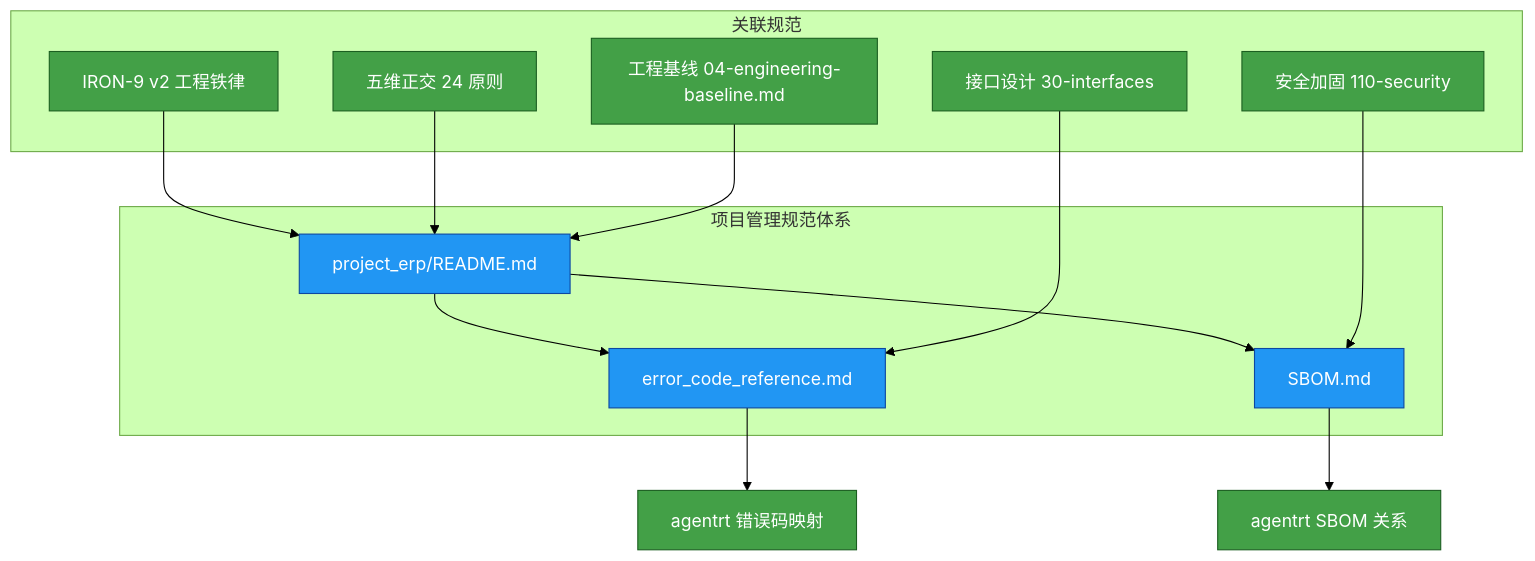
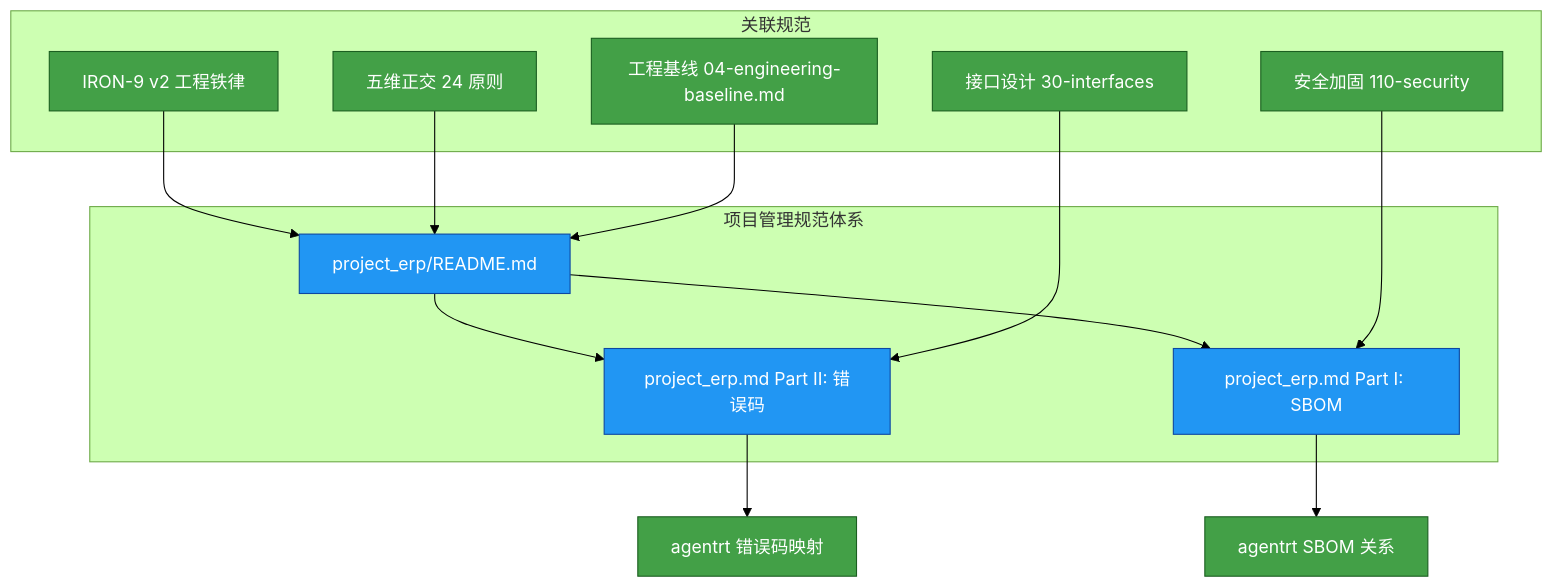
Before and after one commit to SpharxTeam/Docs: the first of 2 diagrams in AirymaxOS/50-engineering-standards/50-project-erp/README.md, drawn with Mermaid (forest theme). The commit also changed other lines of this file and 217 other files, not shown here.

````diff
--- a/AirymaxOS/50-engineering-standards/50-project-erp/README.md
+++ b/AirymaxOS/50-engineering-standards/50-project-erp/README.md
@@ -54,24 +56,24 @@
 ```mermaid
 graph TD
     subgraph 项目管理规范体系
-        A[project_erp/README.md] --> B[error_code_reference.md]
-        A --> C[SBOM.md]
+        A[project_erp/README.md] --> B[project_erp.md Part II: 错误码]
+        A --> C[project_erp.md Part I: SBOM]
     end
 
     subgraph 关联规范
         D[IRON-9 v2 工程铁律] --> A
         E[五维正交 24 原则] --> A
         F[工程基线 04-engineering-baseline.md] --> A
         G[接口设计 30-interfaces] --> B
         H[安全加固 110-security] --> C
     end
 
     B --> I[agentrt 错误码映射]
     C --> J[agentrt SBOM 关系]
 
     classDef proj fill:#2196f3,stroke:#0d47a1,color:#ffffff
     classDef ref fill:#43a047,stroke:#1b5e20,color:#ffffff
 
     class A,B,C proj
     class D,E,F,G,H,I,J ref
 ```
````
